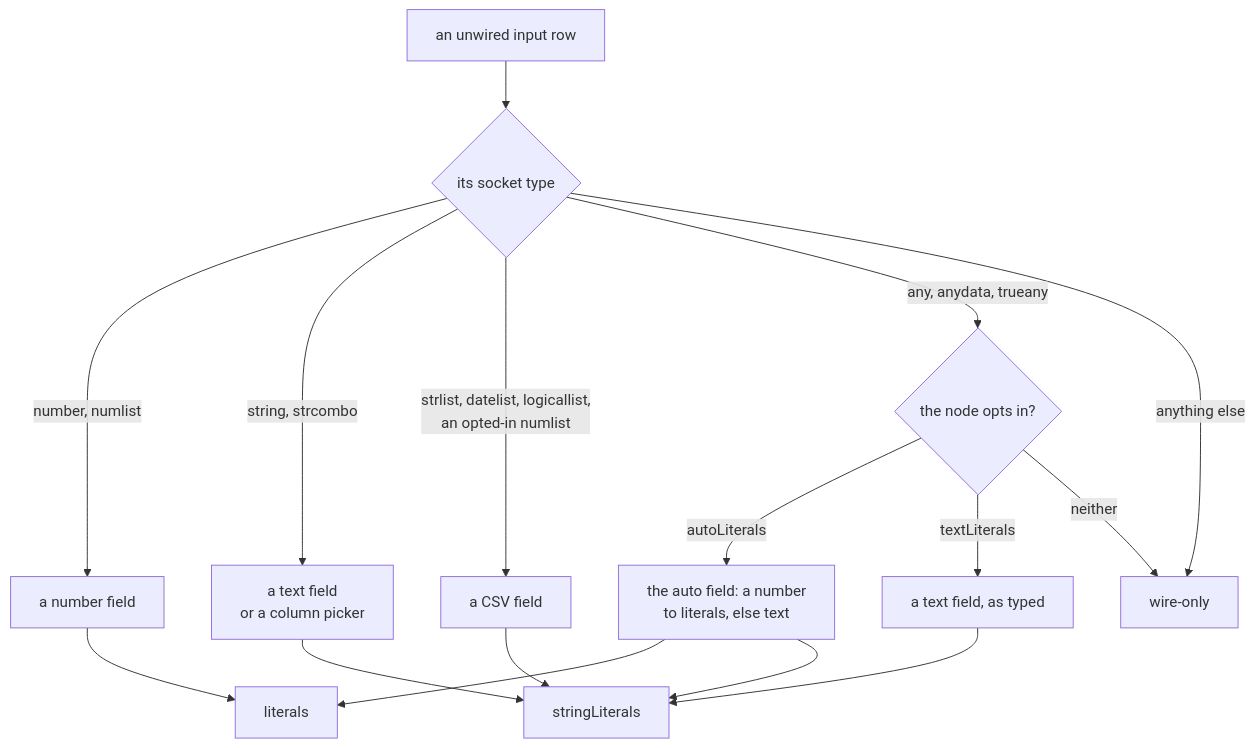
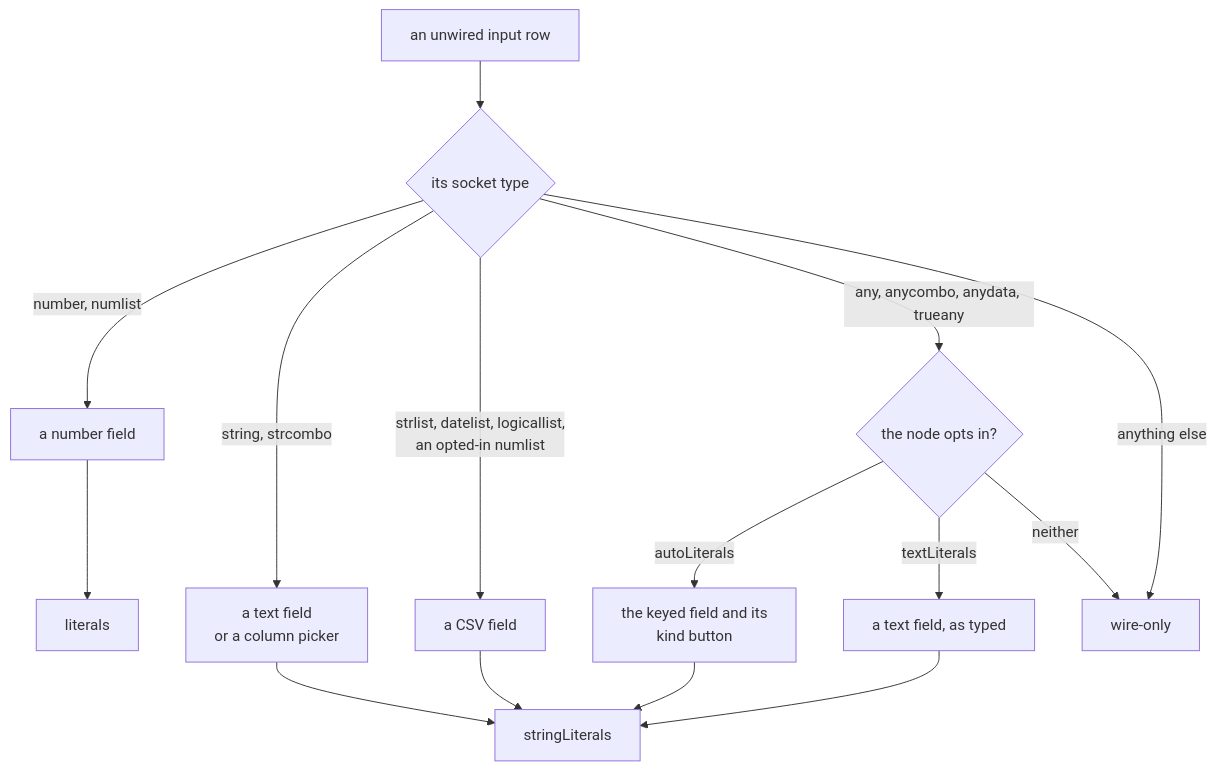
One commit to bubba8587/solenoid changed the diagram in tree/specs/documents/inline-literal-maps.md. Above: the diagram before and after it, drawn with Mermaid. The commit also changed other lines of this file and 50 other files, not shown here.

First line of the commit message:
Keyed wildcard slots read as a kind you pick, not one guessed

````diff
--- a/tree/specs/documents/inline-literal-maps.md
+++ b/tree/specs/documents/inline-literal-maps.md
@@ -48,14 +48,12 @@
 ```mermaid
 flowchart TD
     row["an unwired input row"] --> t{"its socket type"}
     t -->|"number, numlist"| nf["a number field"] --> lit["literals"]
     t -->|"string, strcombo"| tf["a text field<br>or a column picker"] --> sl["stringLiterals"]
     t -->|"strlist, datelist, logicallist,<br>an opted-in numlist"| csv["a CSV field"] --> sl
-    t -->|"any, anydata, trueany"| w{"the node opts in?"}
-    w -->|autoLiterals| auto["the auto field: a number<br>to literals, else text"]
-    auto --> lit
-    auto --> sl
+    t -->|"any, anycombo, anydata, trueany"| w{"the node opts in?"}
+    w -->|autoLiterals| keyed["the keyed field and its<br>kind button"] --> sl
     w -->|textLiterals| txt["a text field, as typed"] --> sl
     w -->|neither| wire["wire-only"]
     t -->|"anything else"| wire
 ```
````
